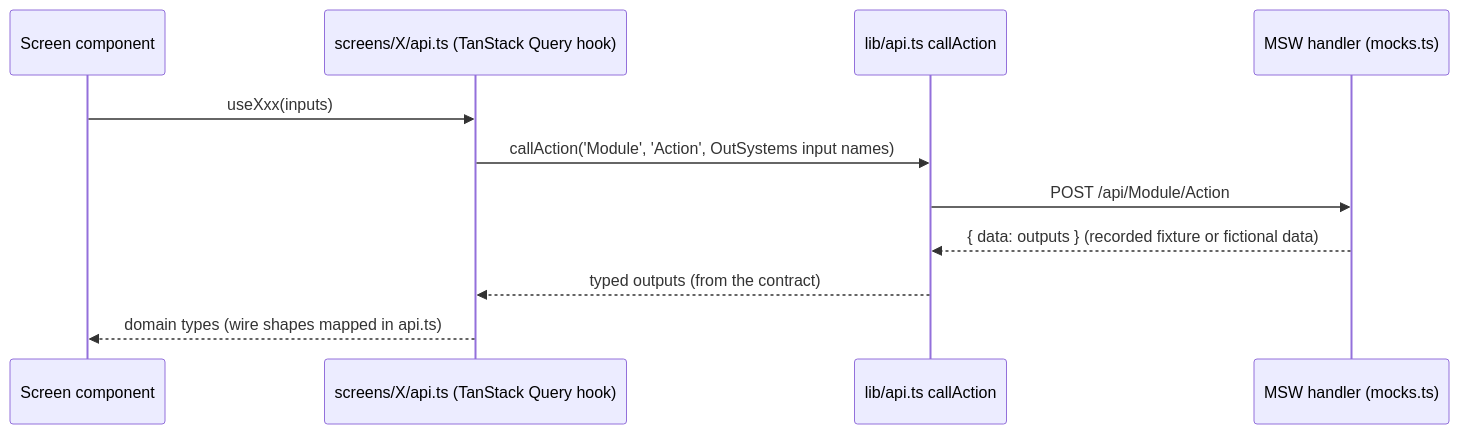
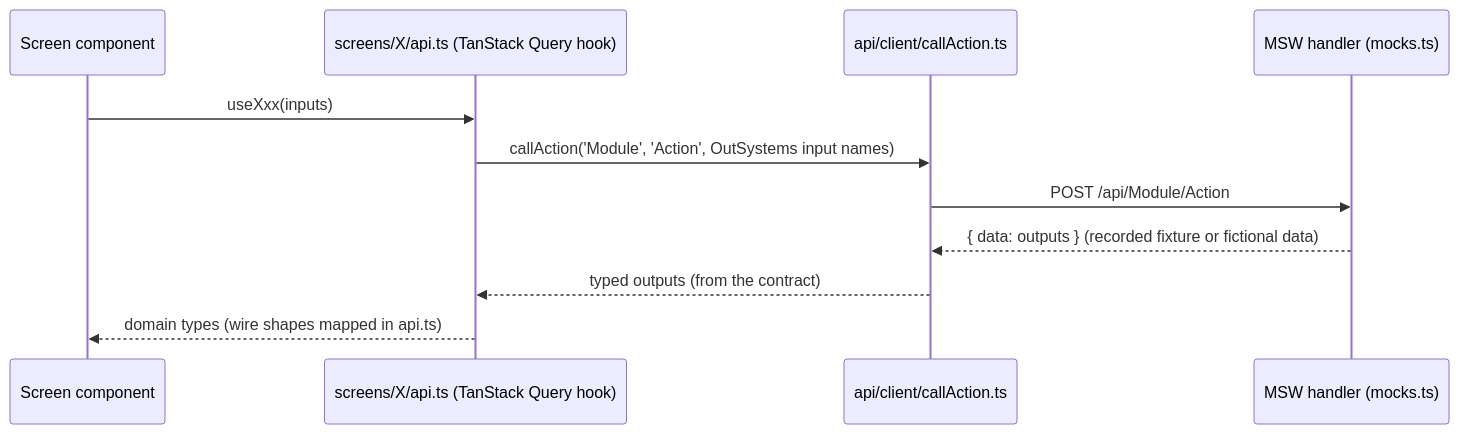
One commit to Phoenix-DX/connect-new-ui changed the third of 3 diagrams in app/docs/architecture/overview.md. Above: the diagram before and after it, drawn with Mermaid. The commit also changed other lines of this file and 697 other files, not shown here.

````diff
--- a/app/docs/architecture/overview.md
+++ b/app/docs/architecture/overview.md
@@ -75,13 +75,13 @@
 ```mermaid
 sequenceDiagram
   participant C as Screen component
   participant A as screens/X/api.ts (TanStack Query hook)
-  participant L as lib/api.ts callAction
+  participant L as api/client/callAction.ts
   participant M as MSW handler (mocks.ts)
   C->>A: useXxx(inputs)
   A->>L: callAction('Module', 'Action', OutSystems input names)
   L->>M: POST /api/Module/Action
   M-->>L: { data: outputs } (recorded fixture or fictional data)
   L-->>A: typed outputs (from the contract)
   A-->>C: domain types (wire shapes mapped in api.ts)
 ```
````
